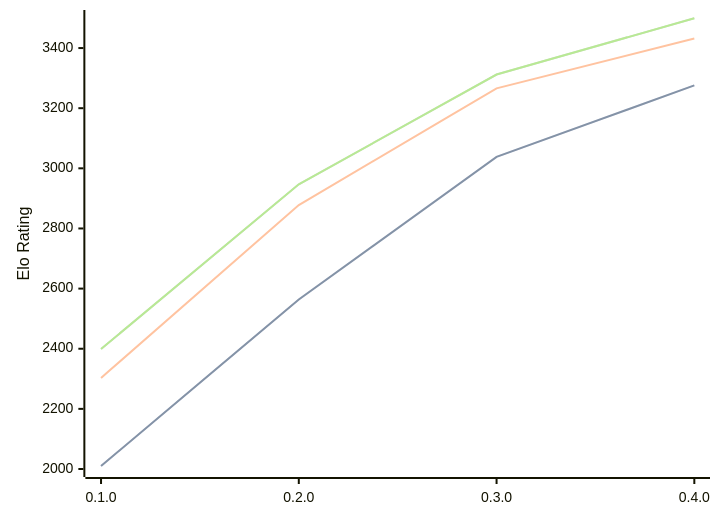
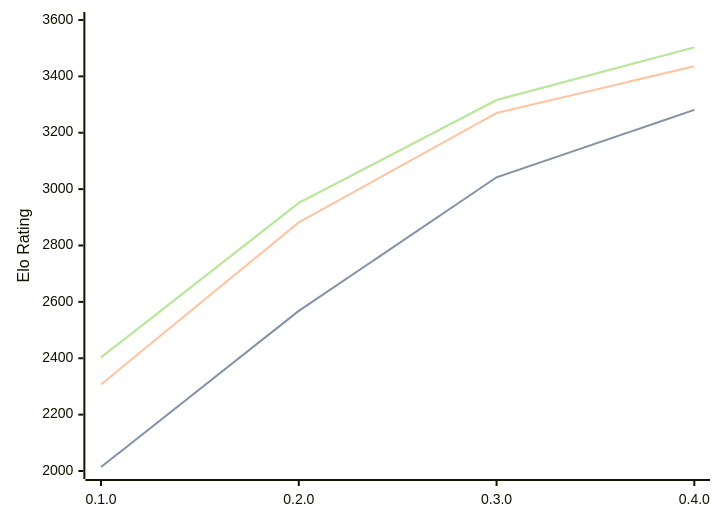
The diagram in engines/Justbot.md (computer-chess-index/cci), drawn with Mermaid before and after one commit. The commit also changed other lines of this file, not shown here.

Commit message:
Update CCI Ratings (ELO VLTC) - 2026-08-18

````diff
--- a/engines/Justbot.md
+++ b/engines/Justbot.md
@@ -34,11 +34,11 @@
 ```mermaid
 %%{init: {"theme":"base","themeVariables":{"seriesColors:['#a3a3a3','#222221','#faa371']}}}%%
 xychart-beta
   x-axis ["0.1.0", "0.2.0", "0.3.0", "0.4.0"]
-  y-axis "Elo Rating" 2000 --> 3500
-  line "STC (8.0+0.08s)" [2010, 2564, 3038, 3276]
-  line "STC (8.0+0.08s)" [2010, 2564, 3038, 3276]
-  line "LTC (60.0+0.60s)" [2303, 2878, 3266, 3432]
-  line "VLTC (2m24s+1.12s)" [2399, 2947, 3312, 3499]
-  line "VLTC (2m24s+1.12s)" [2399, 2947, 3312, 3499]
+  y-axis "Elo Rating" 2000 --> 3600
+  line "STC (8.0+0.08s)" [2014, 2568, 3042, 3281]
+  line "STC (8.0+0.08s)" [2014, 2568, 3042, 3281]
+  line "LTC (60.0+0.60s)" [2307, 2882, 3270, 3436]
+  line "VLTC (2m24s+1.12s)" [2403, 2951, 3316, 3503]
+  line "VLTC (2m24s+1.12s)" [2403, 2951, 3316, 3503]
 ```
````
